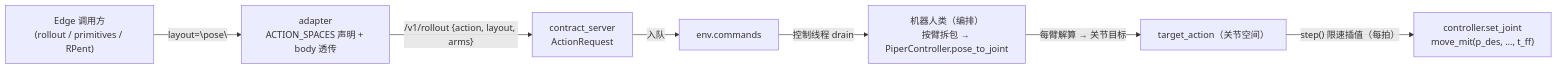
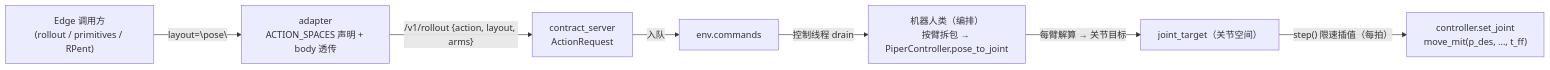
One commit to Dark-be/motrix-edge changed the diagram in wiki/design/robot_pipeline_cartesian.md. Above: the diagram before and after it, drawn with Mermaid. The commit also changed other lines of this file and 49 other files, not shown here.

````diff
--- a/wiki/design/robot_pipeline_cartesian.md
+++ b/wiki/design/robot_pipeline_cartesian.md
@@ -142,9 +142,9 @@
 ```mermaid
 flowchart LR
     E["Edge 调用方<br/>(rollout / primitives / RPent)"] -->|"layout=\"pose\""| A["adapter<br/>ACTION_SPACES 声明 + body 透传"]
     A -->|"/v1/rollout {action, layout, arms}"| S["contract_server<br/>ActionRequest"]
     S -->|入队| Q["env.commands"]
     Q -->|控制线程 drain| R["机器人类（编排）<br/>按臂拆包 → PiperController.pose_to_joint"]
-    R -->|"每臂解算 → 关节目标"| T["target_action（关节空间）"]
+    R -->|"每臂解算 → 关节目标"| T["joint_target（关节空间）"]
     T -->|"step() 限速插值（每拍）"| C["controller.set_joint<br/>move_mit(p_des, ..., t_ff)"]
 ```
````
